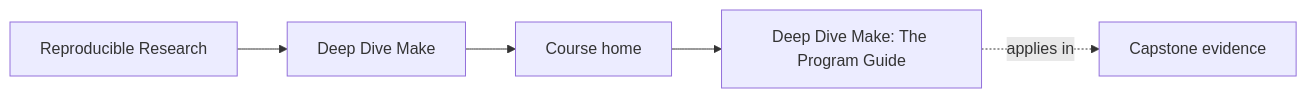
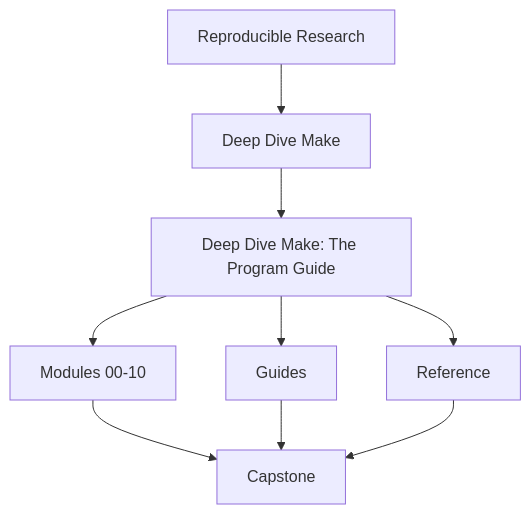
The first of 2 diagrams in programs/reproducible-research/deep-dive-make/course-book/index.md (bijux/bijux-masterclass), drawn with Mermaid before and after one commit. The commit also changed other lines of this file and 2 other files, not shown here.

Commit message:
docs(deep-dive-make): reframe course-book entry diagrams

````diff
--- a/programs/reproducible-research/deep-dive-make/course-book/index.md
+++ b/programs/reproducible-research/deep-dive-make/course-book/index.md
@@ -7,11 +7,11 @@
 ```mermaid
-graph LR
-  family["Reproducible Research"]
-  program["Deep Dive Make"]
-  section["Course home"]
-  page["Deep Dive Make: The Program Guide"]
-  capstone["Capstone evidence"]
-
-  family --> program --> section --> page
-  page -.applies in.-> capstone
+flowchart TD
+  family["Reproducible Research"] --> program["Deep Dive Make"]
+  program --> home["Deep Dive Make: The Program Guide"]
+  home --> modules["Modules 00-10"]
+  home --> guides["Guides"]
+  home --> reference["Reference"]
+  modules --> capstone["Capstone"]
+  guides --> capstone
+  reference --> capstone
 ```
````
